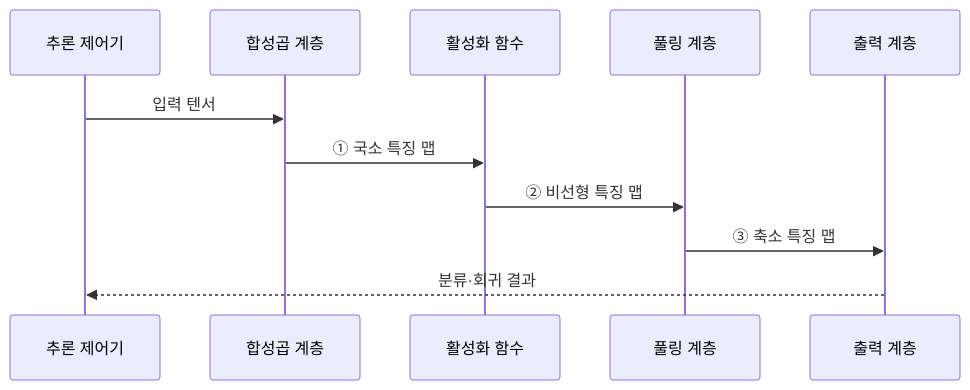
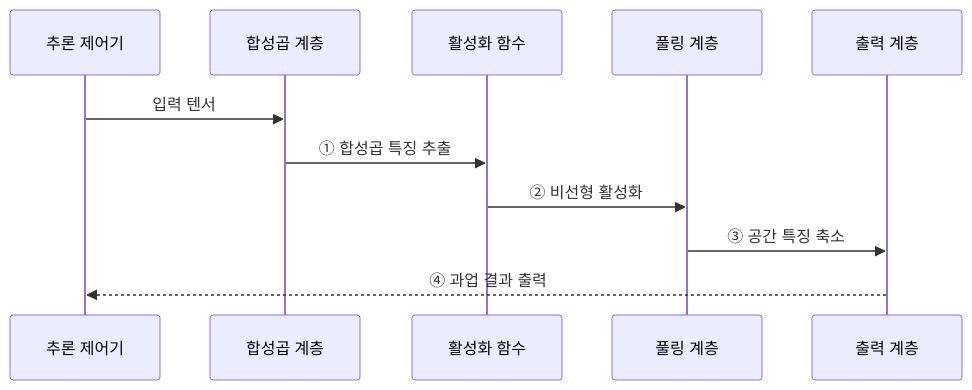
Before and after one commit to agnusdei1207/knowledge-base: the second of 2 diagrams in src/content/docs/notes/01-basic-theory/043_cnn.md, drawn with Mermaid. The commit also changed other lines of this file and 19 other files, not shown here.

````diff
--- a/src/content/docs/notes/01-basic-theory/043_cnn.md
+++ b/src/content/docs/notes/01-basic-theory/043_cnn.md
@@ -82,13 +88,13 @@
 ```mermaid
 sequenceDiagram
     participant T as 추론 제어기
     participant C as 합성곱 계층
     participant A as 활성화 함수
     participant P as 풀링 계층
     participant H as 출력 계층
     T->>C: 입력 텐서
-    C->>A: ① 국소 특징 맵
-    A->>P: ② 비선형 특징 맵
-    P->>H: ③ 축소 특징 맵
-    H-->>T: 분류·회귀 결과
+    C->>A: ① 합성곱 특징 추출
+    A->>P: ② 비선형 활성화
+    P->>H: ③ 공간 특징 축소
+    H-->>T: ④ 과업 결과 출력
 ```
````
